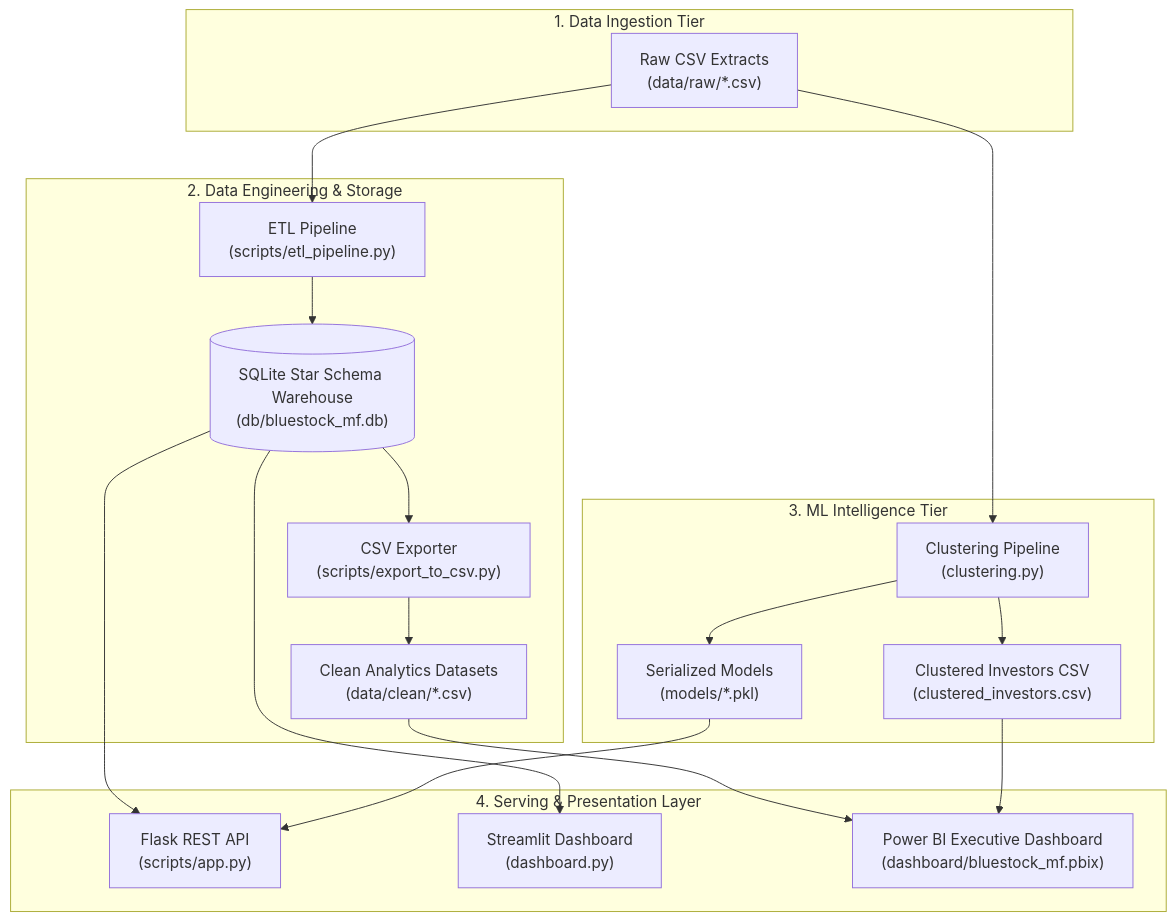
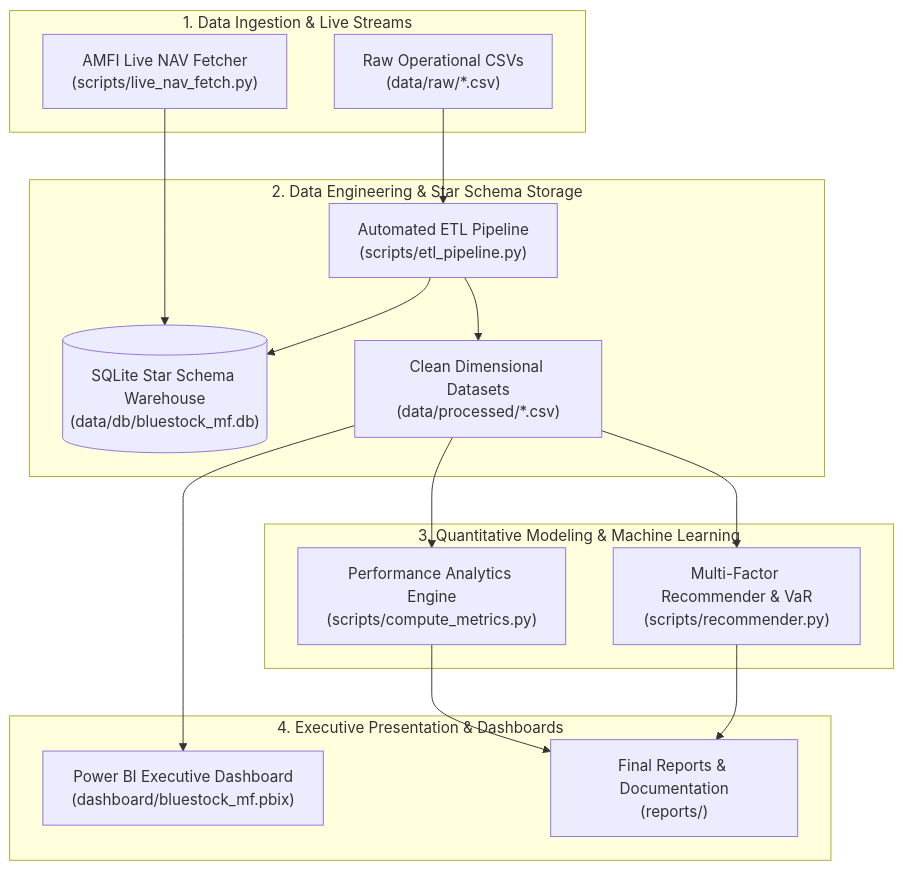
Before and after one commit to tanay1704/Bluestock_mf_capstone: the diagram in README.md, drawn with Mermaid. The commit also changed other lines of this file and 52 other files, not shown here.

Commit message:
feat: finalize capstone rubric architecture, ETL pipeline, and quantitative notebooks

````diff
--- a/README.md
+++ b/README.md
@@ -23,36 +24,33 @@
 ```mermaid
 flowchart TD
-    subgraph Ingestion ["1. Data Ingestion Tier"]
-        RAW["Raw CSV Extracts<br/>(data/raw/*.csv)"]
+    subgraph Tier1 ["1. Data Ingestion & Live Streams"]
+        RAW["Raw Operational CSVs<br/>(data/raw/*.csv)"]
+        LIVE["AMFI Live NAV Fetcher<br/>(scripts/live_nav_fetch.py)"]
     end
 
-    subgraph DataEngineering ["2. Data Engineering & Storage"]
-        ETL["ETL Pipeline<br/>(scripts/etl_pipeline.py)"]
-        SQLITE[("SQLite Star Schema Warehouse<br/>(db/bluestock_mf.db)")]
-        EXP["CSV Exporter<br/>(scripts/export_to_csv.py)"]
-        CLEAN["Clean Analytics Datasets<br/>(data/clean/*.csv)"]
+    subgraph Tier2 ["2. Data Engineering & Star Schema Storage"]
+        ETL["Automated ETL Pipeline<br/>(scripts/etl_pipeline.py)"]
+        DB[("SQLite Star Schema Warehouse<br/>(data/db/bluestock_mf.db)")]
+        PROC["Clean Dimensional Datasets<br/>(data/processed/*.csv)"]
     end
 
-    subgraph MachineLearning ["3. ML Intelligence Tier"]
-        CLUSTER["Clustering Pipeline<br/>(clustering.py)"]
-        MODELS["Serialized Models<br/>(models/*.pkl)"]
-        SEG_CSV["Clustered Investors CSV<br/>(clustered_investors.csv)"]
+    subgraph Tier3 ["3. Quantitative Modeling & Machine Learning"]
+        METRICS["Performance Analytics Engine<br/>(scripts/compute_metrics.py)"]
+        RECOMMEND["Multi-Factor Recommender & VaR<br/>(scripts/recommender.py)"]
     end
 
-    subgraph Serving ["4. Serving & Presentation Layer"]
-        API["Flask REST API<br/>(scripts/app.py)"]
-        STREAMLIT["Streamlit Dashboard<br/>(dashboard.py)"]
+    subgraph Tier4 ["4. Executive Presentation & Dashboards"]
         PBI["Power BI Executive Dashboard<br/>(dashboard/bluestock_mf.pbix)"]
+        REPORTS["Final Reports & Documentation<br/>(reports/)"]
     end
 
-    RAW --> ETL --> SQLITE
-    SQLITE --> EXP --> CLEAN
-    RAW --> CLUSTER
-    CLUSTER --> MODELS
-    CLUSTER --> SEG_CSV
-    SQLITE --> API
-    MODELS --> API
-    SQLITE --> STREAMLIT
-    CLEAN --> PBI
-    SEG_CSV --> PBI
+    RAW --> ETL
+    LIVE --> DB
+    ETL --> DB
+    ETL --> PROC
+    PROC --> METRICS
+    PROC --> RECOMMEND
+    PROC --> PBI
+    METRICS --> REPORTS
+    RECOMMEND --> REPORTS
 ```
````
